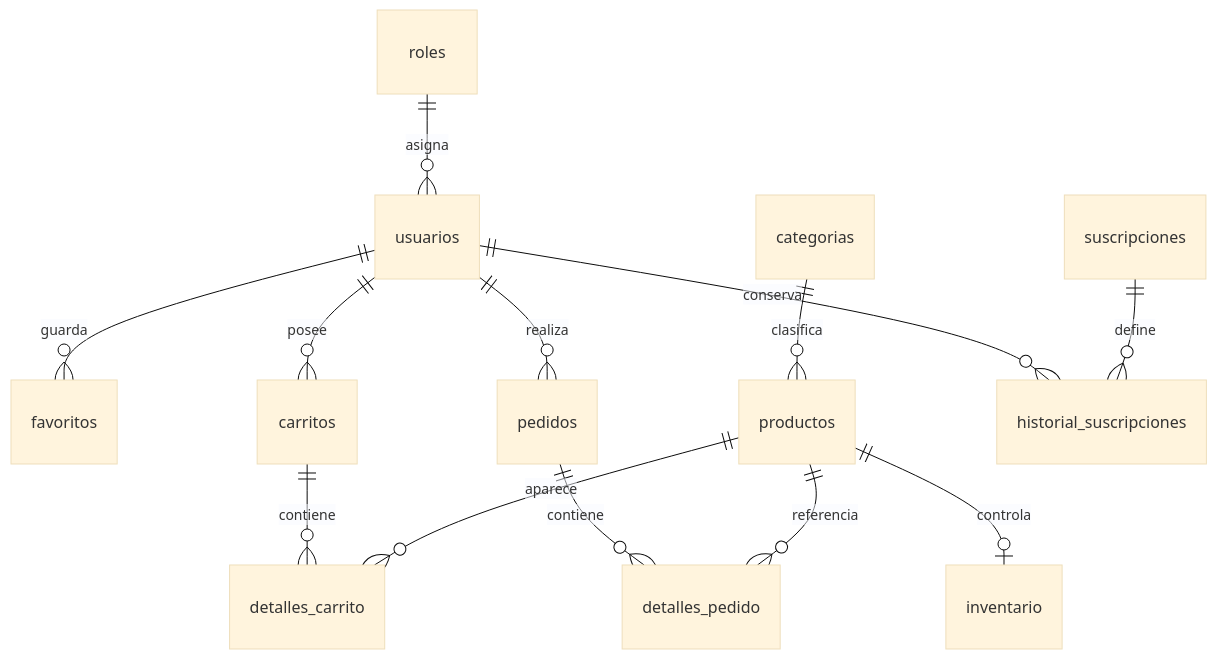
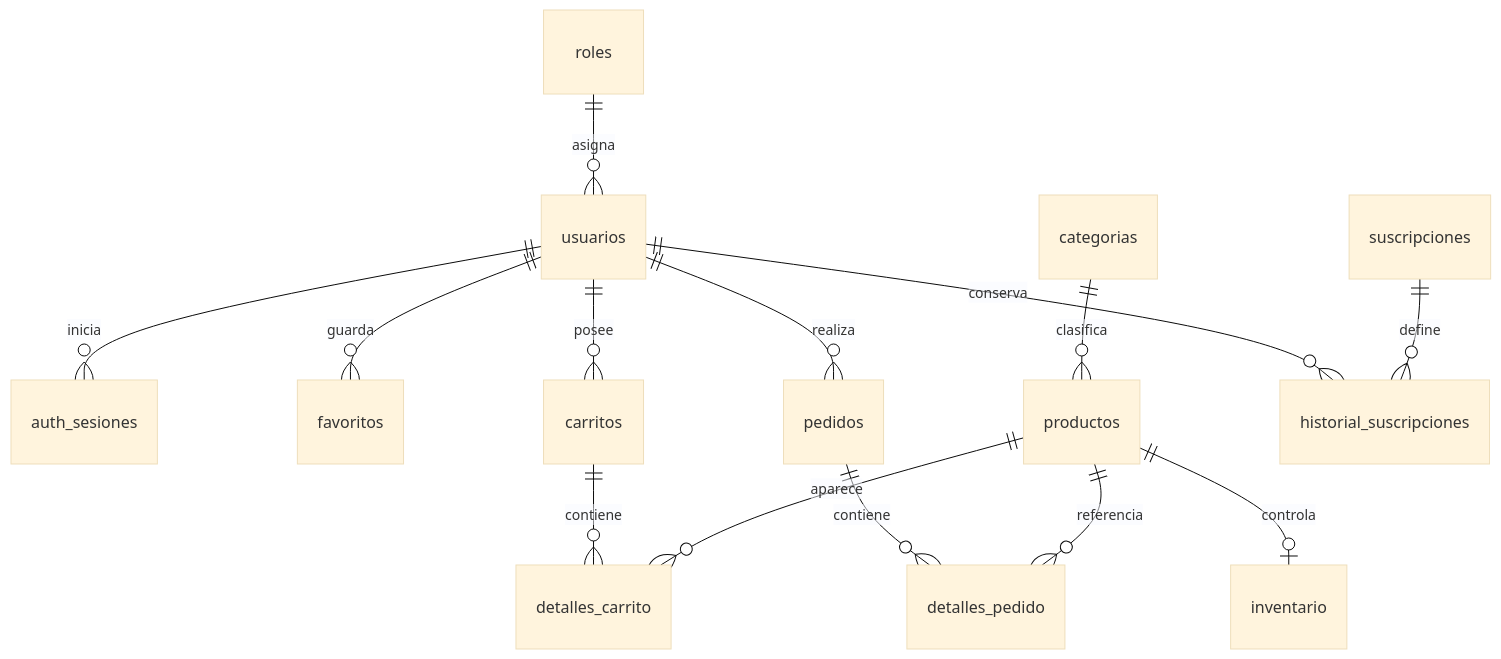
Before and after one commit to MementoMoriCtrl/OtakuZone_React: the diagram in backend/database/MODELO.md, drawn with Mermaid (base theme). The commit also changed other lines of this file and 55 other files, not shown here.

````diff
--- a/backend/database/MODELO.md
+++ b/backend/database/MODELO.md
@@ -5,15 +7,16 @@
 ```mermaid
 erDiagram
   roles ||--o{ usuarios : asigna
+  usuarios ||--o{ auth_sesiones : inicia
   usuarios ||--o{ favoritos : guarda
   usuarios ||--o{ carritos : posee
   carritos ||--o{ detalles_carrito : contiene
   categorias ||--o{ productos : clasifica
   productos ||--o| inventario : controla
   productos ||--o{ detalles_carrito : aparece
   usuarios ||--o{ pedidos : realiza
   pedidos ||--o{ detalles_pedido : contiene
   productos ||--o{ detalles_pedido : referencia
   usuarios ||--o{ historial_suscripciones : conserva
   suscripciones ||--o{ historial_suscripciones : define
 ```
````
